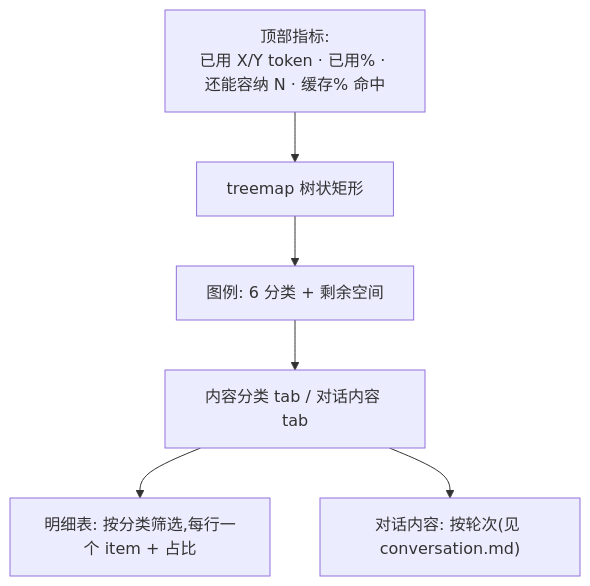
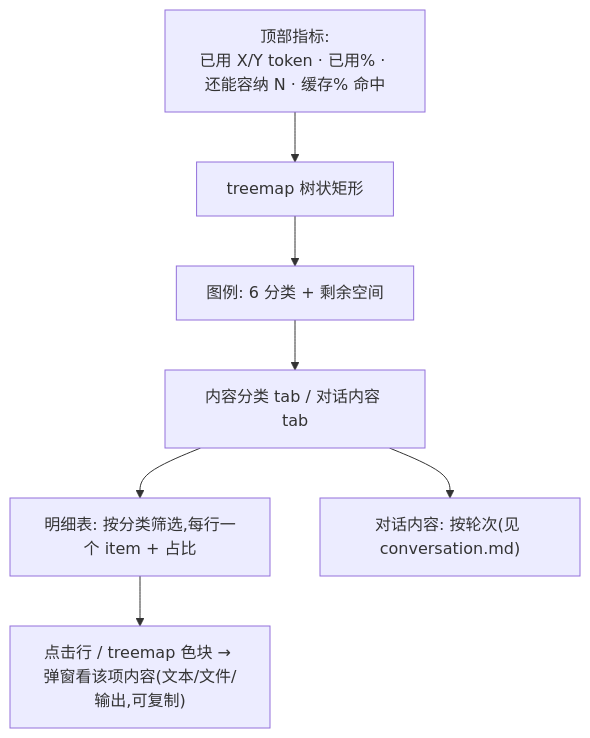
Before and after one commit to Mr-zhoulihuan/simple-magpie: the sixth of 6 diagrams in docs/context-window.md, drawn with Mermaid. The commit also changed 3 other files, not shown here.

````diff
--- a/docs/context-window.md
+++ b/docs/context-window.md
@@ -83,8 +83,9 @@
 ```mermaid
 flowchart TB
   Head["顶部指标:<br/>已用 X/Y token · 已用% · 还能容纳 N · 缓存% 命中"] --> Tree["treemap 树状矩形"]
   Tree --> Legend["图例: 6 分类 + 剩余空间"]
   Legend --> Tabs["内容分类 tab / 对话内容 tab"]
   Tabs --> Rows["明细表: 按分类筛选,每行一个 item + 占比"]
+  Rows --> Click["点击行 / treemap 色块 → 弹窗看该项内容(文本/文件/输出,可复制)"]
   Tabs --> Conv["对话内容: 按轮次(见 conversation.md)"]
 ```
````
